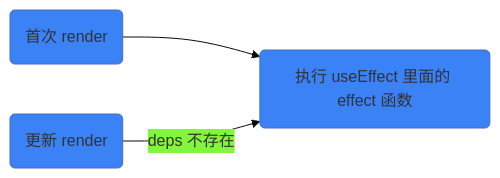
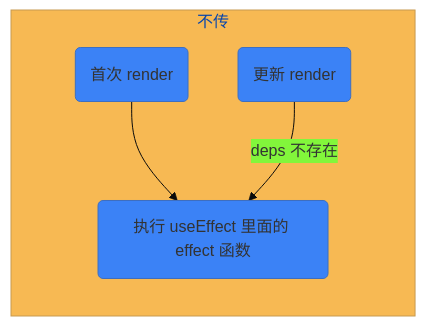
Before and after one commit to WHF293/whf-hooks-analysis: the second of 7 diagrams in hooks/react-hooks.md, drawn with Mermaid. The commit also changed other lines of this file and 7 other files, not shown here.

````diff
--- a/hooks/react-hooks.md
+++ b/hooks/react-hooks.md
@@ -172,6 +176,8 @@
 ```mermaid
 %%{init: {'theme': 'base', 'themeVariables': { 'primaryColor': '#3b82f6'}}}%%
 flowchart LR
-	A(首次 render) --> B(执行 useEffect 里面的 effect 函数)
-	C(更新 render) --deps 不存在--> B
+  subgraph 不传
+    A(首次 render) --> B(执行 useEffect 里面的 effect 函数)
+    C(更新 render) --deps 不存在--> B
+  end
 ```
````
